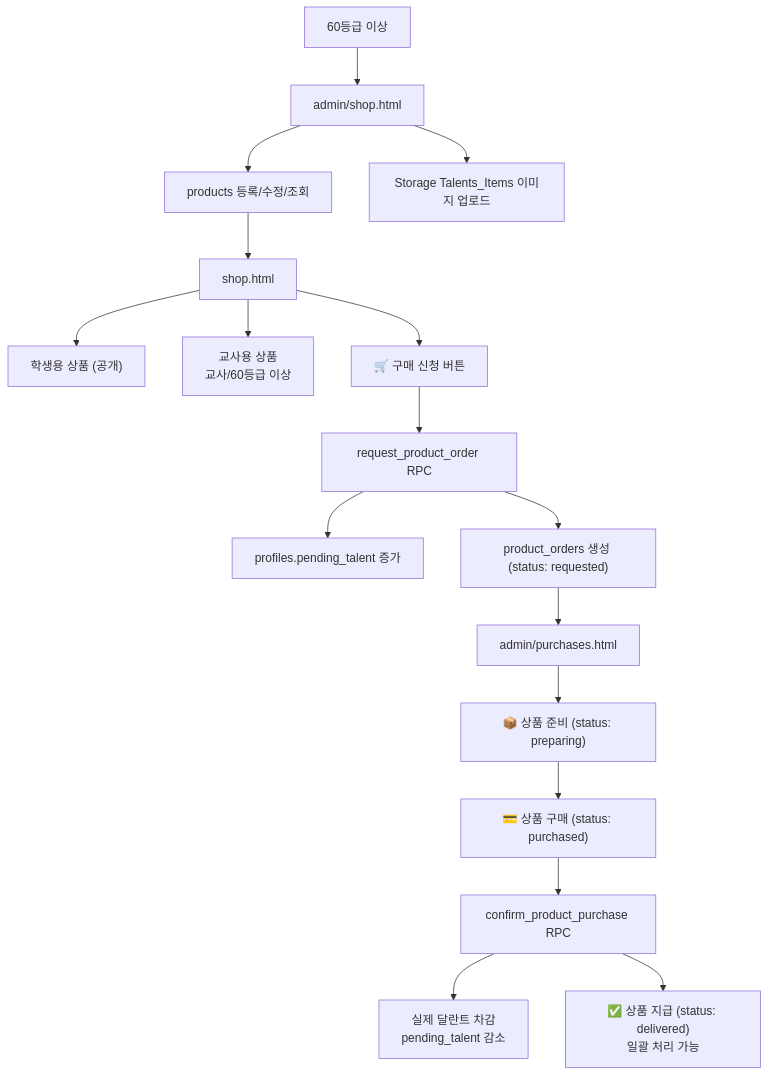
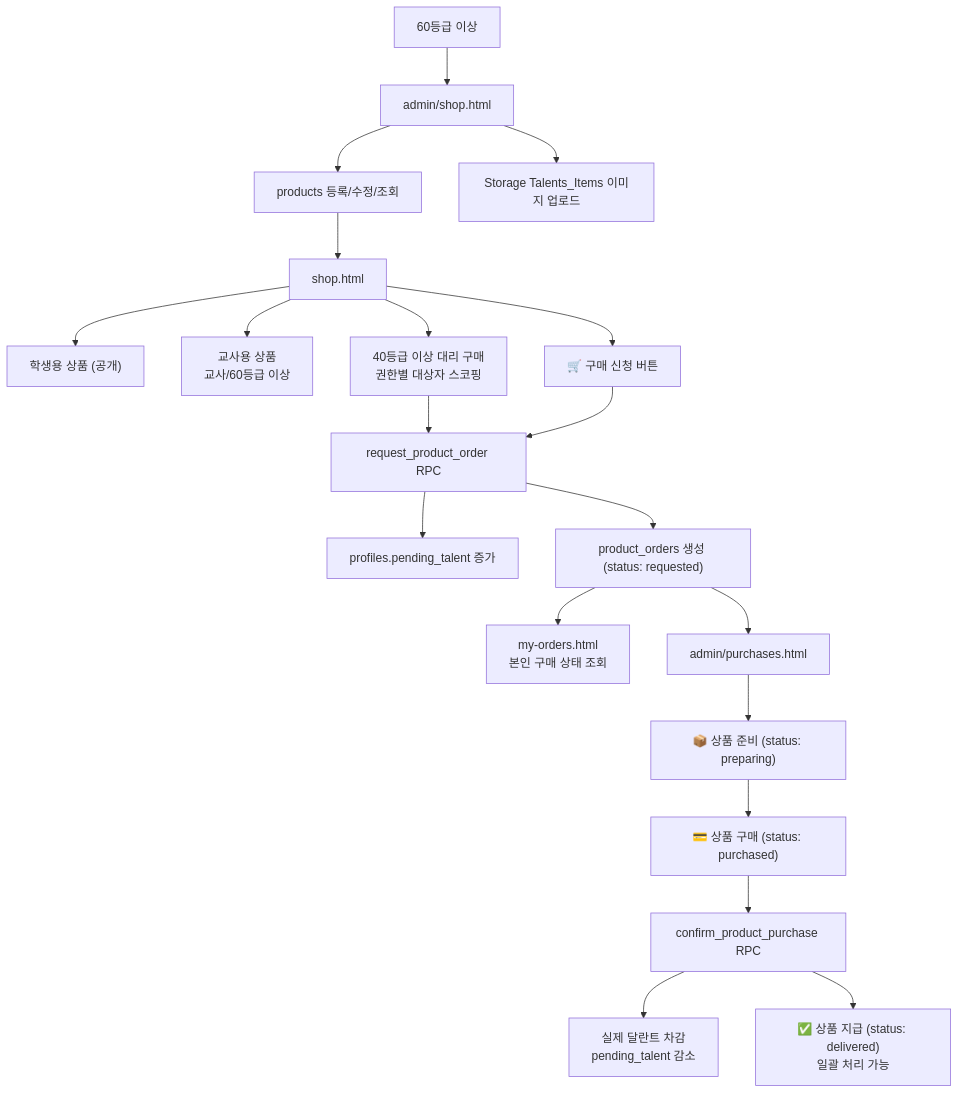
The eighth of 11 diagrams in docs/PROJECT_ARCHITECTURE_FLOW.md (CHO-Talents/CHO-Talents), drawn with Mermaid before and after one commit. The commit also changed other lines of this file and 4 other files, not shown here.

````diff
--- a/docs/PROJECT_ARCHITECTURE_FLOW.md
+++ b/docs/PROJECT_ARCHITECTURE_FLOW.md
@@ -290,21 +294,24 @@
 ```mermaid
 flowchart TD
   Manager["60등급 이상"] --> ManageShop["admin/shop.html"]
   ManageShop --> ProductCRUD["products 등록/수정/조회"]
   ManageShop --> Upload["Storage Talents_Items 이미지 업로드"]
   ProductCRUD --> PublicShop["shop.html"]
   PublicShop --> Student["학생용 상품 (공개)"]
   PublicShop --> Teacher["교사용 상품<br/>교사/60등급 이상"]
 
   PublicShop --> OrderBtn["🛒 구매 신청 버튼"]
+  PublicShop --> ProxyBtn["40등급 이상 대리 구매<br/>권한별 대상자 스코핑"]
+  ProxyBtn --> OrderRPC
   OrderBtn --> OrderRPC["request_product_order RPC"]
   OrderRPC --> PendingTalent["profiles.pending_talent 증가"]
   OrderRPC --> OrderRecord["product_orders 생성 (status: requested)"]
+  OrderRecord --> MyOrders["my-orders.html<br/>본인 구매 상태 조회"]
 
   OrderRecord --> PurchasePage["admin/purchases.html"]
   PurchasePage --> Preparing["📦 상품 준비 (status: preparing)"]
   Preparing --> Purchased["💳 상품 구매 (status: purchased)"]
   Purchased --> ConfirmRPC["confirm_product_purchase RPC"]
   ConfirmRPC --> Deduct["실제 달란트 차감<br/>pending_talent 감소"]
   ConfirmRPC --> Delivered["✅ 상품 지급 (status: delivered)<br/>일괄 처리 가능"]
 ```
````
